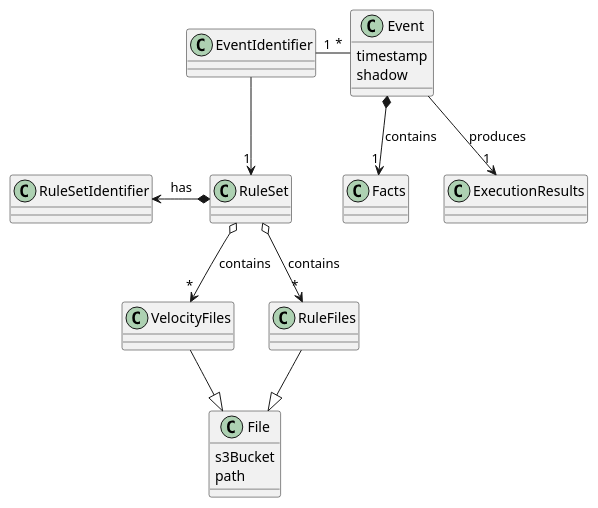
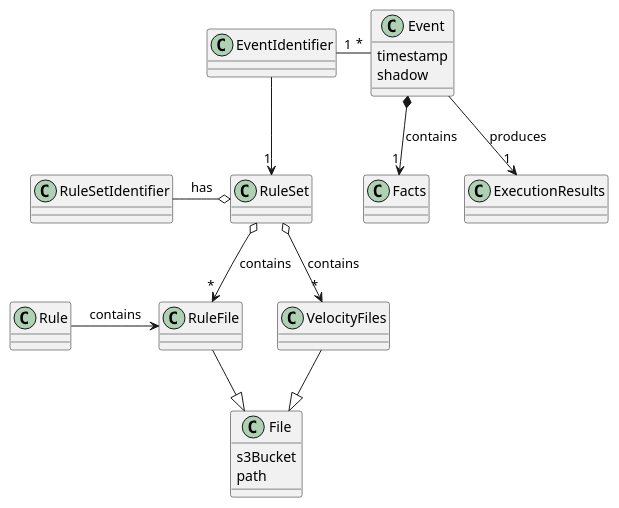
One commit to wolpert/rules-engine changed the diagram in docs/rule_domain_model.puml. Above: the diagram before and after it, drawn with PlantUML. The commit also changed 2 other files, not shown here.

```diff
--- a/docs/rule_domain_model.puml
+++ b/docs/rule_domain_model.puml
@@ -1,31 +1,32 @@
 @startuml
 
-class RuleFiles {}
+class RuleFile {}
 class File {
     {field} s3Bucket
     {field} path
 }
 class VelocityFiles {}
 class RuleSet {}
 class RuleSetIdentifier {}
 class EventIdentifier {}
 class Event {
   {field} timestamp
   {field} shadow
 }
 class Facts {}
 class ExecutionResults {}
+class Rule {}
 
+File <|-up- VelocityFiles
+File <|-up- RuleFile
 
-File <|-up- RuleFiles
-File <|-up- VelocityFiles
-
-RuleSet *-left-> RuleSetIdentifier : has
-RuleSet o--> "*" RuleFiles : contains
+RuleSet o-left- RuleSetIdentifier : has
+RuleSet o--> "*" RuleFile : contains
 RuleSet o--> "*" VelocityFiles : contains
+Rule --right> RuleFile : contains
 EventIdentifier --> "1" RuleSet
 EventIdentifier "1" -right- "*" Event
 Event *--> "1" Facts : contains
 Event --> "1" ExecutionResults : produces
 
 @enduml
```
